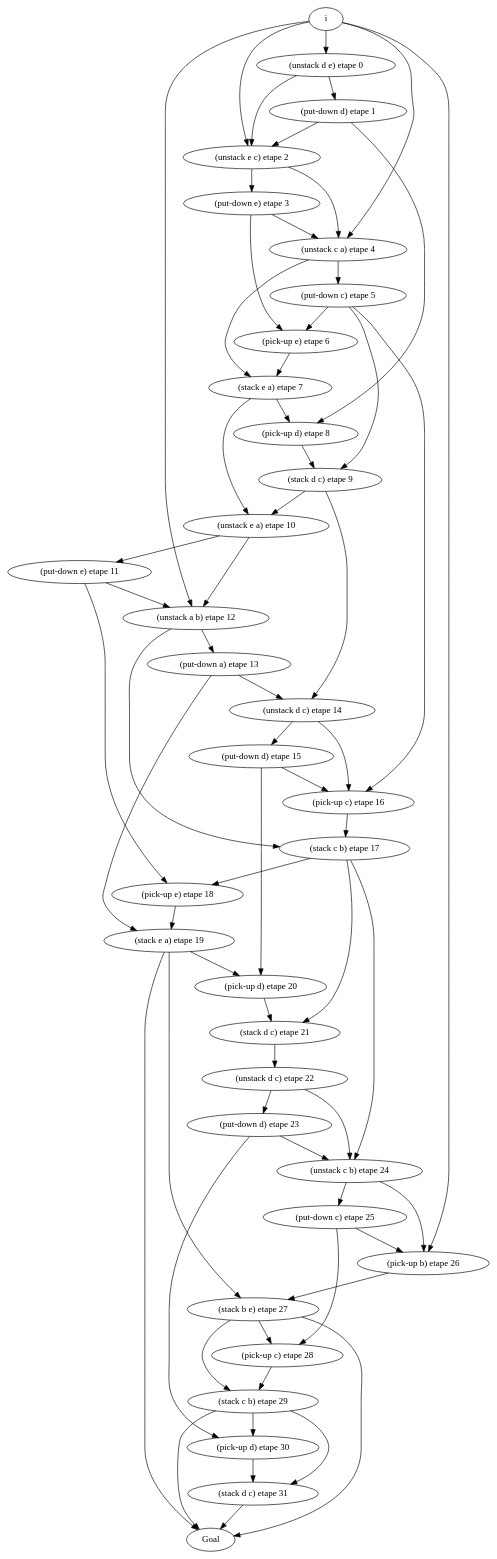
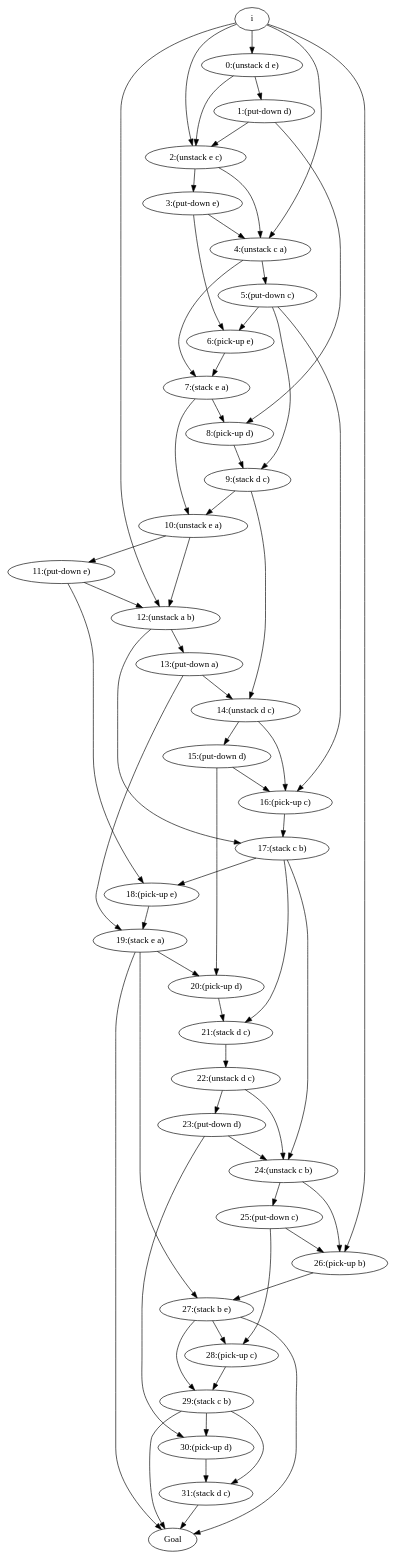
Before and after one commit to plaans/aries: the diagram in apps/graphiquetemp.dot, drawn with Graphviz. The commit also changed 6 other files, not shown here.

```diff
--- a/apps/graphiquetemp.dot
+++ b/apps/graphiquetemp.dot
@@ -1,67 +1,67 @@
 digraph D { 
-"(unstack d e) etape 0" -> "(put-down d) etape 1";
-"(unstack d e) etape 0" -> "(unstack e c) etape 2";
-"(put-down d) etape 1" -> "(unstack e c) etape 2";
-"(put-down d) etape 1" -> "(pick-up d) etape 8";
-"(unstack e c) etape 2" -> "(put-down e) etape 3";
-"(unstack e c) etape 2" -> "(unstack c a) etape 4";
-"(put-down e) etape 3" -> "(unstack c a) etape 4";
-"(put-down e) etape 3" -> "(pick-up e) etape 6";
-"(unstack c a) etape 4" -> "(put-down c) etape 5";
-"(unstack c a) etape 4" -> "(stack e a) etape 7";
-"(put-down c) etape 5" -> "(pick-up e) etape 6";
-"(put-down c) etape 5" -> "(stack d c) etape 9";
-"(put-down c) etape 5" -> "(pick-up c) etape 16";
-"(pick-up e) etape 6" -> "(stack e a) etape 7";
-"(stack e a) etape 7" -> "(pick-up d) etape 8";
-"(stack e a) etape 7" -> "(unstack e a) etape 10";
-"(pick-up d) etape 8" -> "(stack d c) etape 9";
-"(stack d c) etape 9" -> "(unstack e a) etape 10";
-"(stack d c) etape 9" -> "(unstack d c) etape 14";
-"(unstack e a) etape 10" -> "(put-down e) etape 11";
-"(unstack e a) etape 10" -> "(unstack a b) etape 12";
-"(put-down e) etape 11" -> "(unstack a b) etape 12";
-"(put-down e) etape 11" -> "(pick-up e) etape 18";
-"(unstack a b) etape 12" -> "(put-down a) etape 13";
-"(unstack a b) etape 12" -> "(stack c b) etape 17";
-"(put-down a) etape 13" -> "(unstack d c) etape 14";
-"(put-down a) etape 13" -> "(stack e a) etape 19";
-"(unstack d c) etape 14" -> "(put-down d) etape 15";
-"(unstack d c) etape 14" -> "(pick-up c) etape 16";
-"(put-down d) etape 15" -> "(pick-up c) etape 16";
-"(put-down d) etape 15" -> "(pick-up d) etape 20";
-"(pick-up c) etape 16" -> "(stack c b) etape 17";
-"(stack c b) etape 17" -> "(pick-up e) etape 18";
-"(stack c b) etape 17" -> "(stack d c) etape 21";
-"(stack c b) etape 17" -> "(unstack c b) etape 24";
-"(pick-up e) etape 18" -> "(stack e a) etape 19";
-"(stack e a) etape 19" -> "(pick-up d) etape 20";
-"(stack e a) etape 19" -> "(stack b e) etape 27";
-"(stack e a) etape 19" -> " Goal ";
-"(pick-up d) etape 20" -> "(stack d c) etape 21";
-"(stack d c) etape 21" -> "(unstack d c) etape 22";
-"(unstack d c) etape 22" -> "(put-down d) etape 23";
-"(unstack d c) etape 22" -> "(unstack c b) etape 24";
-"(put-down d) etape 23" -> "(unstack c b) etape 24";
-"(put-down d) etape 23" -> "(pick-up d) etape 30";
-"(unstack c b) etape 24" -> "(put-down c) etape 25";
-"(unstack c b) etape 24" -> "(pick-up b) etape 26";
-"(put-down c) etape 25" -> "(pick-up b) etape 26";
-"(put-down c) etape 25" -> "(pick-up c) etape 28";
-"(pick-up b) etape 26" -> "(stack b e) etape 27";
-"(stack b e) etape 27" -> "(pick-up c) etape 28";
-"(stack b e) etape 27" -> "(stack c b) etape 29";
-"(stack b e) etape 27" -> " Goal ";
-"(pick-up c) etape 28" -> "(stack c b) etape 29";
-"(stack c b) etape 29" -> "(pick-up d) etape 30";
-"(stack c b) etape 29" -> "(stack d c) etape 31";
-"(stack c b) etape 29" -> " Goal ";
-"(pick-up d) etape 30" -> "(stack d c) etape 31";
-"(stack d c) etape 31" -> " Goal ";
-" i " -> "(unstack d e) etape 0";
-" i " -> "(unstack e c) etape 2";
-" i " -> "(unstack c a) etape 4";
-" i " -> "(unstack a b) etape 12";
-" i " -> "(pick-up b) etape 26";
+"0:(unstack d e)" -> "1:(put-down d)";
+"0:(unstack d e)" -> "2:(unstack e c)";
+"1:(put-down d)" -> "2:(unstack e c)";
+"1:(put-down d)" -> "8:(pick-up d)";
+"2:(unstack e c)" -> "3:(put-down e)";
+"2:(unstack e c)" -> "4:(unstack c a)";
+"3:(put-down e)" -> "4:(unstack c a)";
+"3:(put-down e)" -> "6:(pick-up e)";
+"4:(unstack c a)" -> "5:(put-down c)";
+"4:(unstack c a)" -> "7:(stack e a)";
+"5:(put-down c)" -> "6:(pick-up e)";
+"5:(put-down c)" -> "9:(stack d c)";
+"5:(put-down c)" -> "16:(pick-up c)";
+"6:(pick-up e)" -> "7:(stack e a)";
+"7:(stack e a)" -> "8:(pick-up d)";
+"7:(stack e a)" -> "10:(unstack e a)";
+"8:(pick-up d)" -> "9:(stack d c)";
+"9:(stack d c)" -> "10:(unstack e a)";
+"9:(stack d c)" -> "14:(unstack d c)";
+"10:(unstack e a)" -> "11:(put-down e)";
+"10:(unstack e a)" -> "12:(unstack a b)";
+"11:(put-down e)" -> "12:(unstack a b)";
+"11:(put-down e)" -> "18:(pick-up e)";
+"12:(unstack a b)" -> "13:(put-down a)";
+"12:(unstack a b)" -> "17:(stack c b)";
+"13:(put-down a)" -> "14:(unstack d c)";
+"13:(put-down a)" -> "19:(stack e a)";
+"14:(unstack d c)" -> "15:(put-down d)";
+"14:(unstack d c)" -> "16:(pick-up c)";
+"15:(put-down d)" -> "16:(pick-up c)";
+"15:(put-down d)" -> "20:(pick-up d)";
+"16:(pick-up c)" -> "17:(stack c b)";
+"17:(stack c b)" -> "18:(pick-up e)";
+"17:(stack c b)" -> "21:(stack d c)";
+"17:(stack c b)" -> "24:(unstack c b)";
+"18:(pick-up e)" -> "19:(stack e a)";
+"19:(stack e a)" -> "20:(pick-up d)";
+"19:(stack e a)" -> "27:(stack b e)";
+"19:(stack e a)" -> " Goal ";
+"20:(pick-up d)" -> "21:(stack d c)";
+"21:(stack d c)" -> "22:(unstack d c)";
+"22:(unstack d c)" -> "23:(put-down d)";
+"22:(unstack d c)" -> "24:(unstack c b)";
+"23:(put-down d)" -> "24:(unstack c b)";
+"23:(put-down d)" -> "30:(pick-up d)";
+"24:(unstack c b)" -> "25:(put-down c)";
+"24:(unstack c b)" -> "26:(pick-up b)";
+"25:(put-down c)" -> "26:(pick-up b)";
+"25:(put-down c)" -> "28:(pick-up c)";
+"26:(pick-up b)" -> "27:(stack b e)";
+"27:(stack b e)" -> "28:(pick-up c)";
+"27:(stack b e)" -> "29:(stack c b)";
+"27:(stack b e)" -> " Goal ";
+"28:(pick-up c)" -> "29:(stack c b)";
+"29:(stack c b)" -> "30:(pick-up d)";
+"29:(stack c b)" -> "31:(stack d c)";
+"29:(stack c b)" -> " Goal ";
+"30:(pick-up d)" -> "31:(stack d c)";
+"31:(stack d c)" -> " Goal ";
+" i " -> "0:(unstack d e)";
+" i " -> "2:(unstack e c)";
+" i " -> "4:(unstack c a)";
+" i " -> "12:(unstack a b)";
+" i " -> "26:(pick-up b)";
 edge [color=green];
 } 
```
